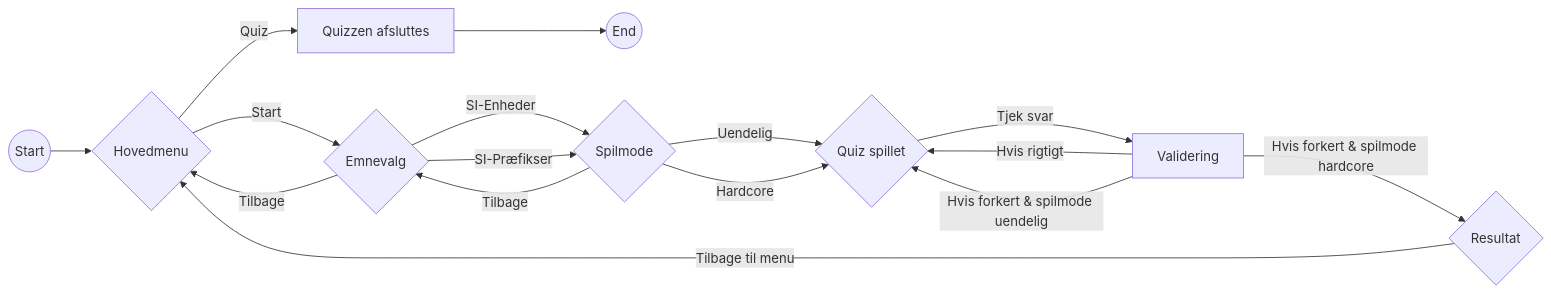
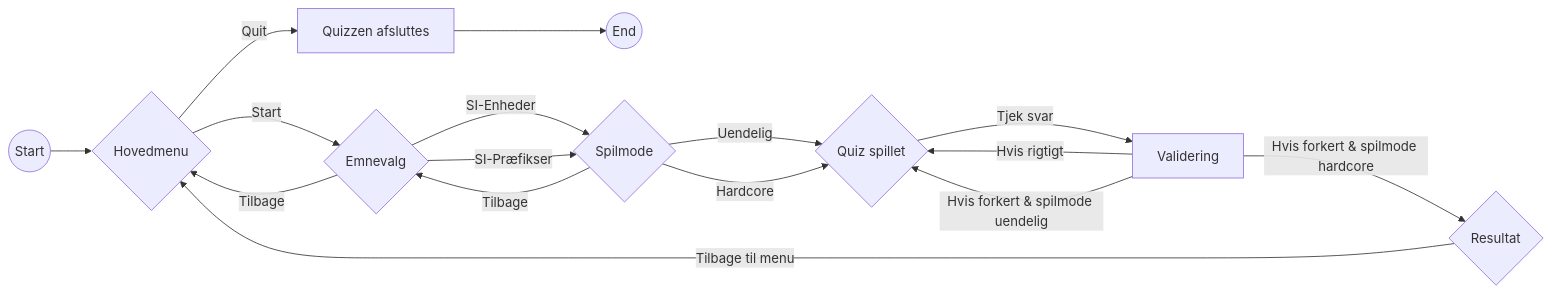
One commit to mjdvisualz/fysik-quiz-app changed the diagram in README.md. Above: the diagram before and after it, drawn with Mermaid.

````diff
--- a/README.md
+++ b/README.md
@@ -16,20 +16,20 @@
 ```mermaid
 graph LR
     A((Start)) --> B{Hovedmenu}
     B -->|Start| C{Emnevalg}
-    B -->|Quiz| D[Quizzen afsluttes]
+    B -->|Quit| D[Quizzen afsluttes]
     D --> E((End))
     C --> |SI-Enheder| F{Spilmode}
     C --> |SI-Præfikser| F
     C --> |Tilbage| B
     F --> |Uendelig| G{Quiz spillet}
     F --> |Hardcore| G
     F --> |Tilbage| C
     G --> |Tjek svar| H[Validering]
     H --> |Hvis rigtigt| G
     H --> |Hvis forkert & spilmode uendelig| G
     H --> |Hvis forkert & spilmode hardcore| I{Resultat}
     I --> |Tilbage til menu| B
     
 
 ```
````
